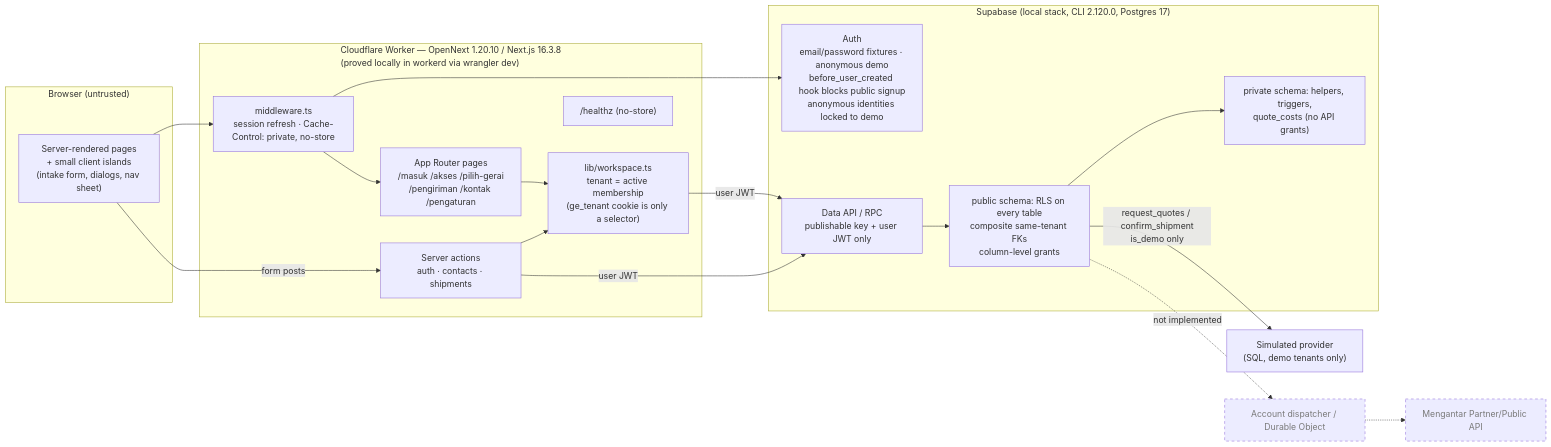
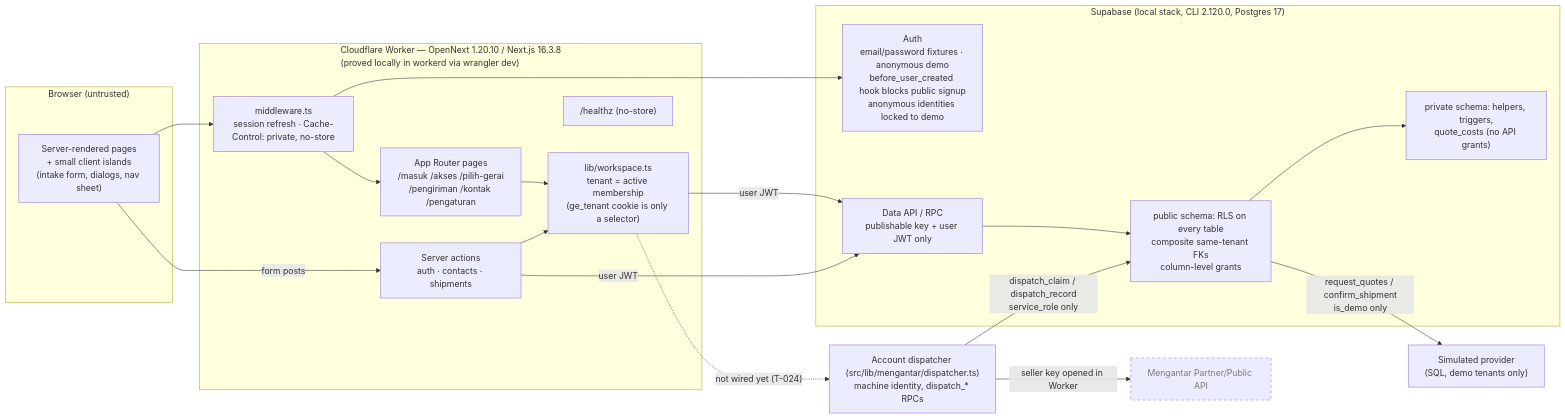
Before and after one commit to ongkipro/geraiexpress: the first of 4 diagrams in ARCHITECTURE.md, drawn with Mermaid. The commit also changed other lines of this file and 14 other files, not shown here.

First line of the commit message:
Account dispatcher core for Mengantar orders (T-022, DEC-010)

````diff
--- a/ARCHITECTURE.md
+++ b/ARCHITECTURE.md
@@ -21,36 +21,38 @@
 ```mermaid
 flowchart LR
     subgraph Browser["Browser (untrusted)"]
         UI["Server-rendered pages<br/>+ small client islands<br/>(intake form, dialogs, nav sheet)"]
     end
     subgraph Worker["Cloudflare Worker — OpenNext 1.20.10 / Next.js 16.3.8<br/>(proved locally in workerd via wrangler dev)"]
         MW["middleware.ts<br/>session refresh · Cache-Control: private, no-store"]
         Pages["App Router pages<br/>/masuk /akses /pilih-gerai<br/>/pengiriman /kontak /pengaturan"]
         Actions["Server actions<br/>auth · contacts · shipments"]
         WS["lib/workspace.ts<br/>tenant = active membership<br/>(ge_tenant cookie is only a selector)"]
         Health["/healthz (no-store)"]
     end
     subgraph Supabase["Supabase (local stack, CLI 2.120.0, Postgres 17)"]
         Auth["Auth<br/>email/password fixtures · anonymous demo<br/>before_user_created hook blocks public signup<br/>anonymous identities locked to demo"]
         API["Data API / RPC<br/>publishable key + user JWT only"]
         DB["public schema: RLS on every table<br/>composite same-tenant FKs<br/>column-level grants"]
         Priv["private schema: helpers, triggers,<br/>quote_costs (no API grants)"]
     end
     Sim["Simulated provider<br/>(SQL, demo tenants only)"]
     Mengantar["Mengantar Partner/Public API"]:::target
-    Dispatcher["Account dispatcher / Durable Object"]:::target
+    Dispatcher["Account dispatcher (src/lib/mengantar/dispatcher.ts)<br/>machine identity, dispatch_* RPCs"]
 
     UI --> MW --> Pages
     UI -->|form posts| Actions
     Pages --> WS
     Actions --> WS
     WS -->|user JWT| API
     Actions -->|user JWT| API
     MW --> Auth
     API --> DB
     DB --> Priv
     DB -->|request_quotes / confirm_shipment<br/>is_demo only| Sim
-    DB -.->|not implemented| Dispatcher -.-> Mengantar
+    Dispatcher -->|"dispatch_claim / dispatch_record<br/>service_role only"| DB
+    Dispatcher -->|seller key opened in Worker| Mengantar
+    WS -.->|"not wired yet (T-024)"| Dispatcher
 
     classDef target stroke-dasharray: 5 5,color:#7a7a7a
 ```
````
